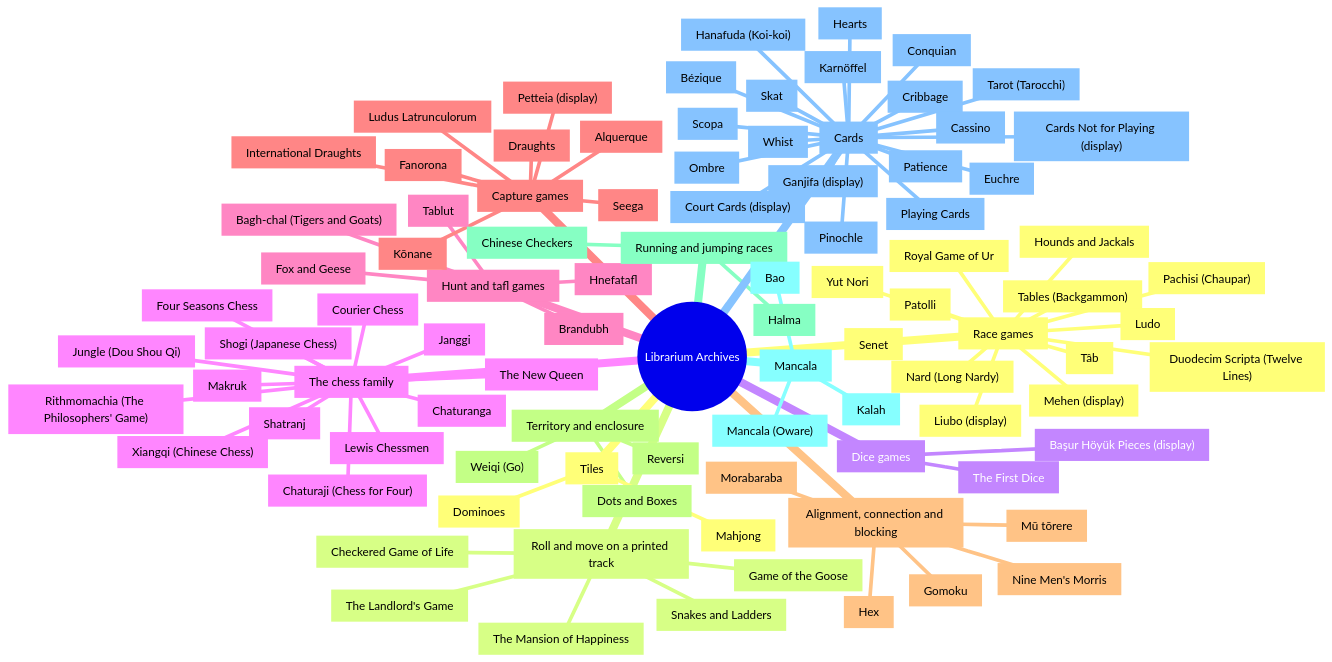
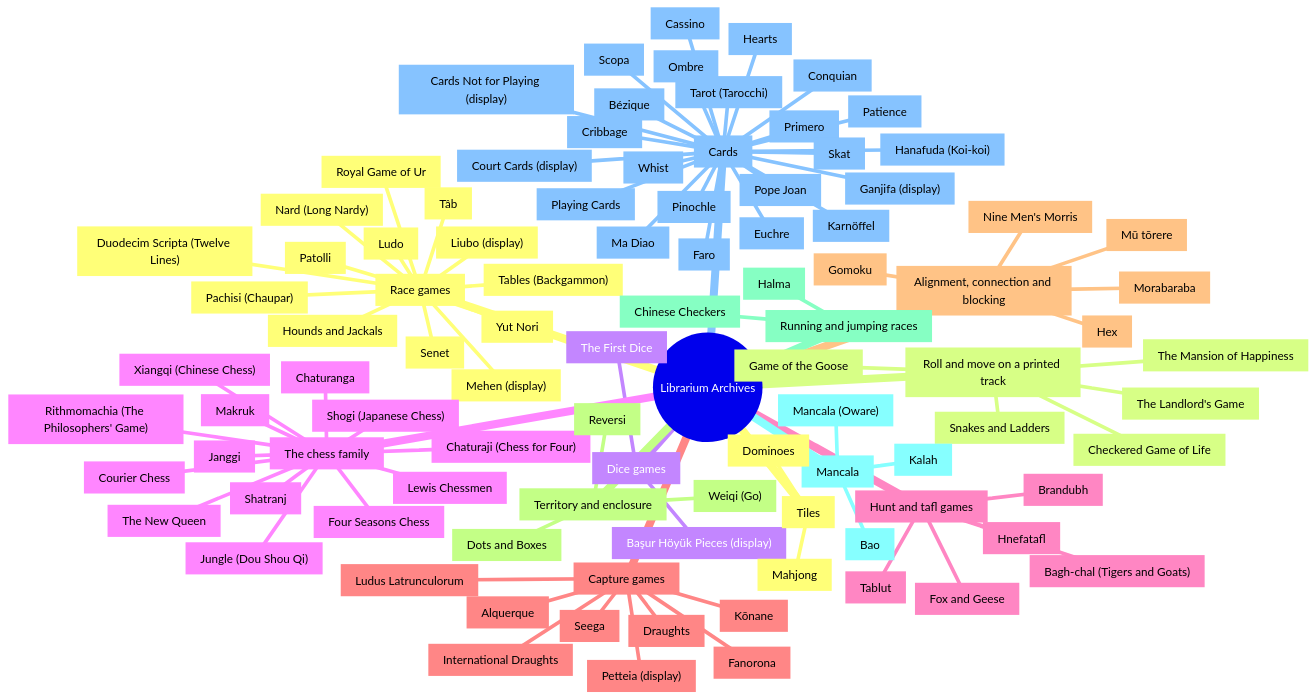
One commit to CptNope/Librarium-Archives changed the first of 9 diagrams in docs/games/README.md. Above: the diagram before and after it, drawn with Mermaid. The commit also changed other lines of this file and 44 other files, not shown here.

First line of the commit message:
0.38.0: the card room, part five: Primero, Faro, Pope Joan and Ma Diao

```diff
--- a/docs/games/README.md
+++ b/docs/games/README.md
@@ -84,11 +84,14 @@
       cards["Playing Cards"]
       karnoffel["Karnöffel"]
       tarot["Tarot (Tarocchi)"]
+      primero["Primero"]
       courtcards["Court Cards (display)"]
       ombre["Ombre"]
       cribbage["Cribbage"]
       notforplay["Cards Not for Playing (display)"]
+      faro["Faro"]
       scopa["Scopa"]
+      popejoan["Pope Joan"]
       whist["Whist"]
       patience["Patience"]
       cassino["Cassino"]
@@ -100,6 +103,7 @@
       hearts["Hearts"]
       koikoi["Hanafuda (Koi-koi)"]
       ganjifa["Ganjifa (display)"]
+      madiao["Ma Diao"]
     f11["Tiles"]
       dominoes["Dominoes"]
       mahjong["Mahjong"]
```
